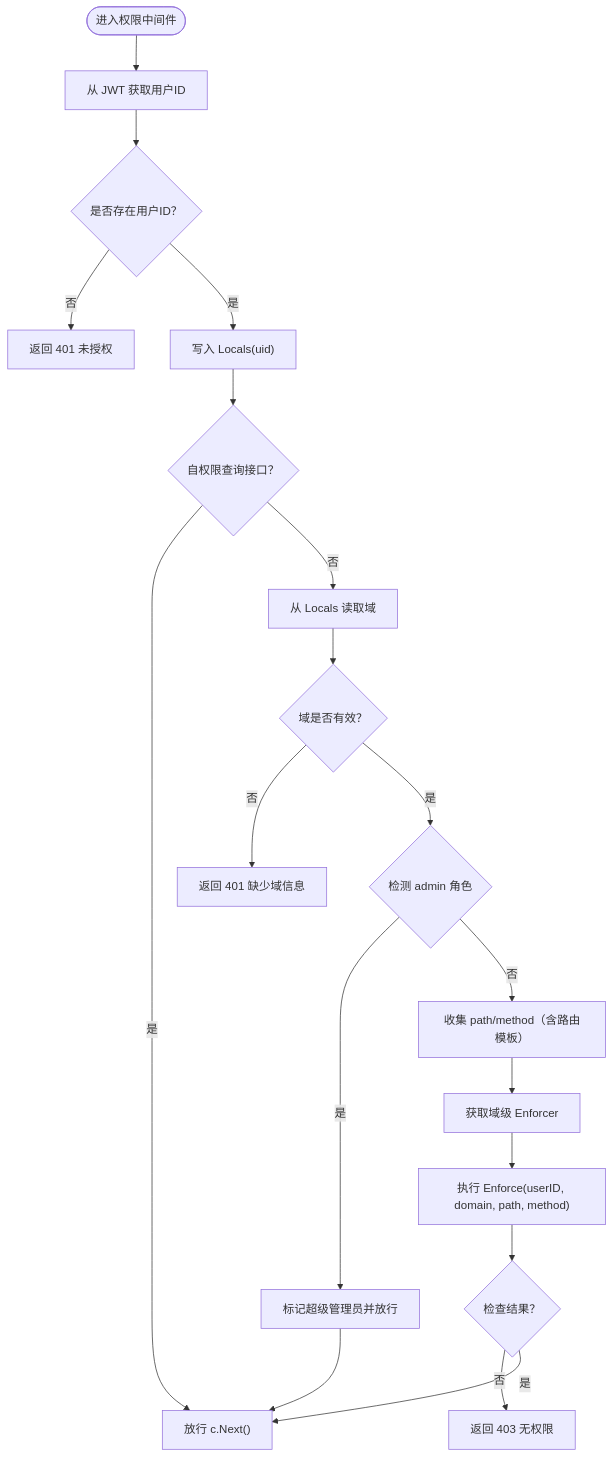
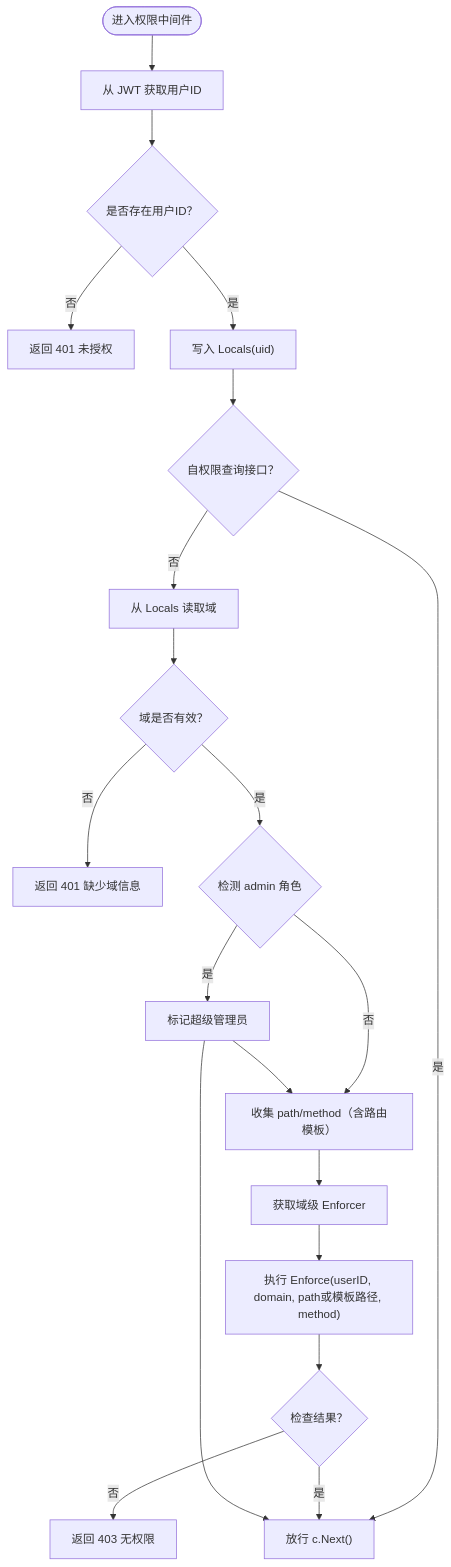
One commit to wuwuseo/e-sports-go-admin changed the third of 7 diagrams in .qoder/repowiki/zh/content/架构设计/中间件架构.md. Above: the diagram before and after it, drawn with Mermaid. The commit also changed other lines of this file and 15 other files, not shown here.

````diff
--- a/.qoder/repowiki/zh/content/架构设计/中间件架构.md
+++ b/.qoder/repowiki/zh/content/架构设计/中间件架构.md
@@ -163,21 +163,22 @@
 ```mermaid
 flowchart TD
 Start(["进入权限中间件"]) --> ParseJWT["从 JWT 获取用户ID"]
 ParseJWT --> HasID{"是否存在用户ID？"}
 HasID --> |否| Unauthorized["返回 401 未授权"]
 HasID --> |是| SetLocals["写入 Locals(uid)"]
 SetLocals --> SelfPerm{"自权限查询接口？"}
 SelfPerm --> |是| Next["放行 c.Next()"]
 SelfPerm --> |否| GetDomain["从 Locals 读取域"]
 GetDomain --> HasDomain{"域是否有效？"}
 HasDomain --> |否| MissingDomain["返回 401 缺少域信息"]
 HasDomain --> |是| AdminCheck{"检测 admin 角色"}
-AdminCheck --> |是| SuperAdmin["标记超级管理员并放行"]
+AdminCheck --> |是| SuperAdmin["标记超级管理员"]
 AdminCheck --> |否| BuildReq["收集 path/method（含路由模板）"]
+SuperAdmin --> BuildReq
 BuildReq --> GetEnforcer["获取域级 Enforcer"]
-GetEnforcer --> EnforceCall["执行 Enforce(userID, domain, path, method)"]
+GetEnforcer --> EnforceCall["执行 Enforce(userID, domain, path或模板路径, method)"]
 EnforceCall --> EnforceOK{"检查结果？"}
 EnforceOK --> |否| Forbidden["返回 403 无权限"]
 EnforceOK --> |是| Next
 SuperAdmin --> Next
 ```
````
